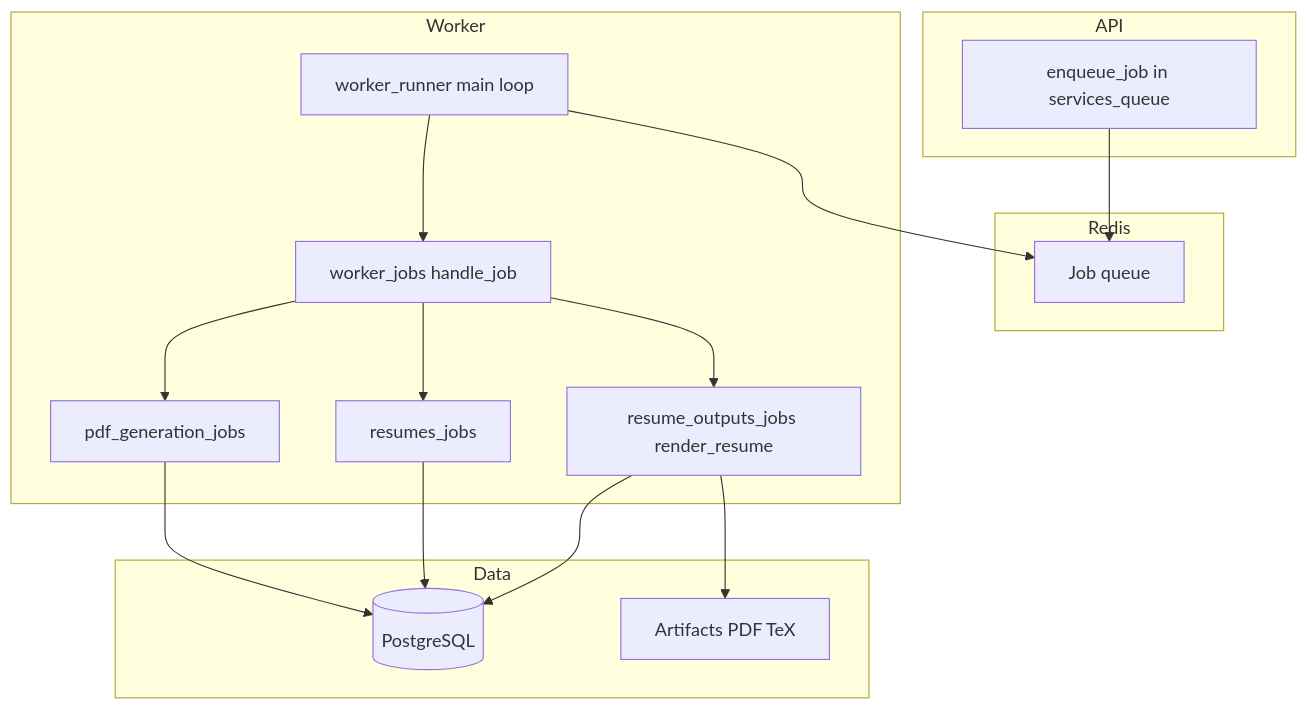
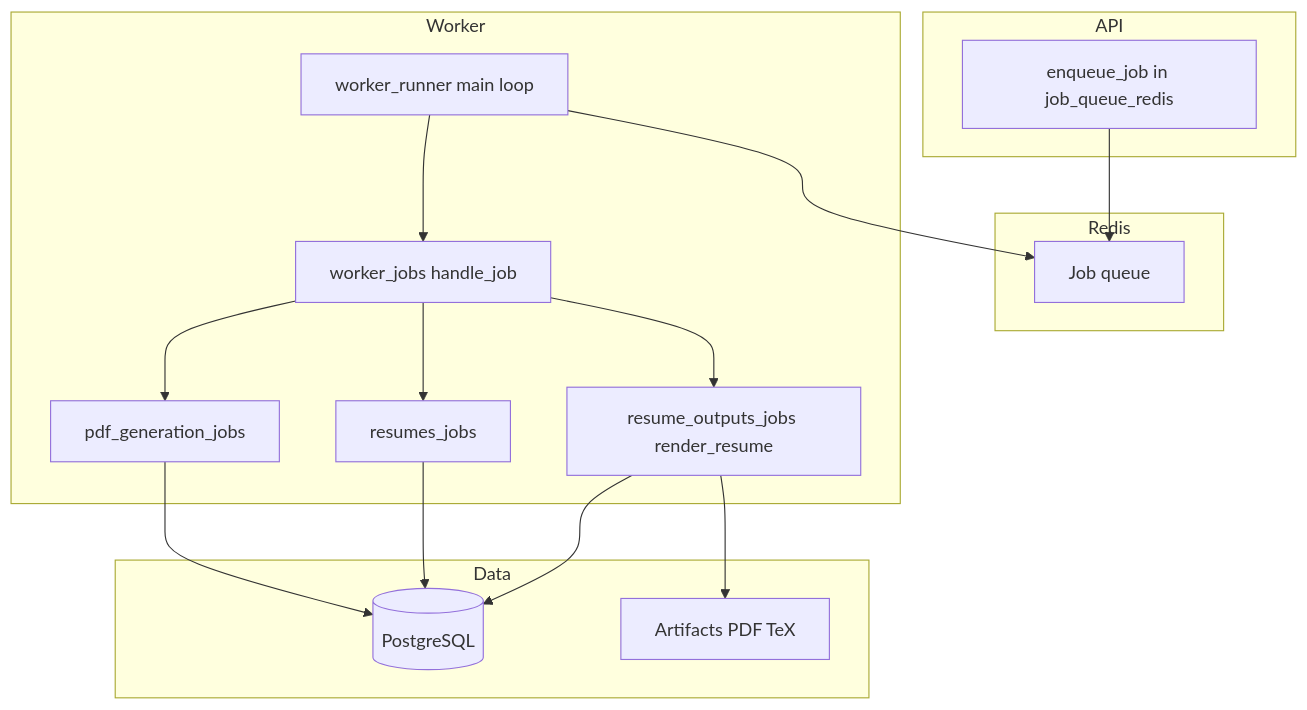
One commit to Chhunneng/cs529-ai-project1 changed the third of 3 diagrams in backend/docs/ARCHITECTURE.md. Above: the diagram before and after it, drawn with Mermaid. The commit also changed other lines of this file and 26 other files, not shown here.

First line of the commit message:
feat: introduce job queue and session management enhancements

````diff
--- a/backend/docs/ARCHITECTURE.md
+++ b/backend/docs/ARCHITECTURE.md
@@ -111,31 +111,31 @@
 ```mermaid
 flowchart TB
   subgraph apiLayer [API]
-    enqueue[enqueue_job in services_queue]
+    enqueue[enqueue_job in job_queue_redis]
   end
   subgraph redisLayer [Redis]
     q[Job queue]
   end
   subgraph workerLayer [Worker]
     runner[worker_runner main loop]
     dispatch[worker_jobs handle_job]
     jPdf[pdf_generation_jobs]
     jParse[resumes_jobs]
     jRender[resume_outputs_jobs render_resume]
   end
   subgraph dataLayer [Data]
     db[(PostgreSQL)]
     disk[Artifacts PDF TeX]
   end
 
   enqueue --> q
   runner --> q
   runner --> dispatch
   dispatch --> jPdf
   dispatch --> jParse
   dispatch --> jRender
   jPdf --> db
   jParse --> db
   jRender --> db
   jRender --> disk
 ```
````
